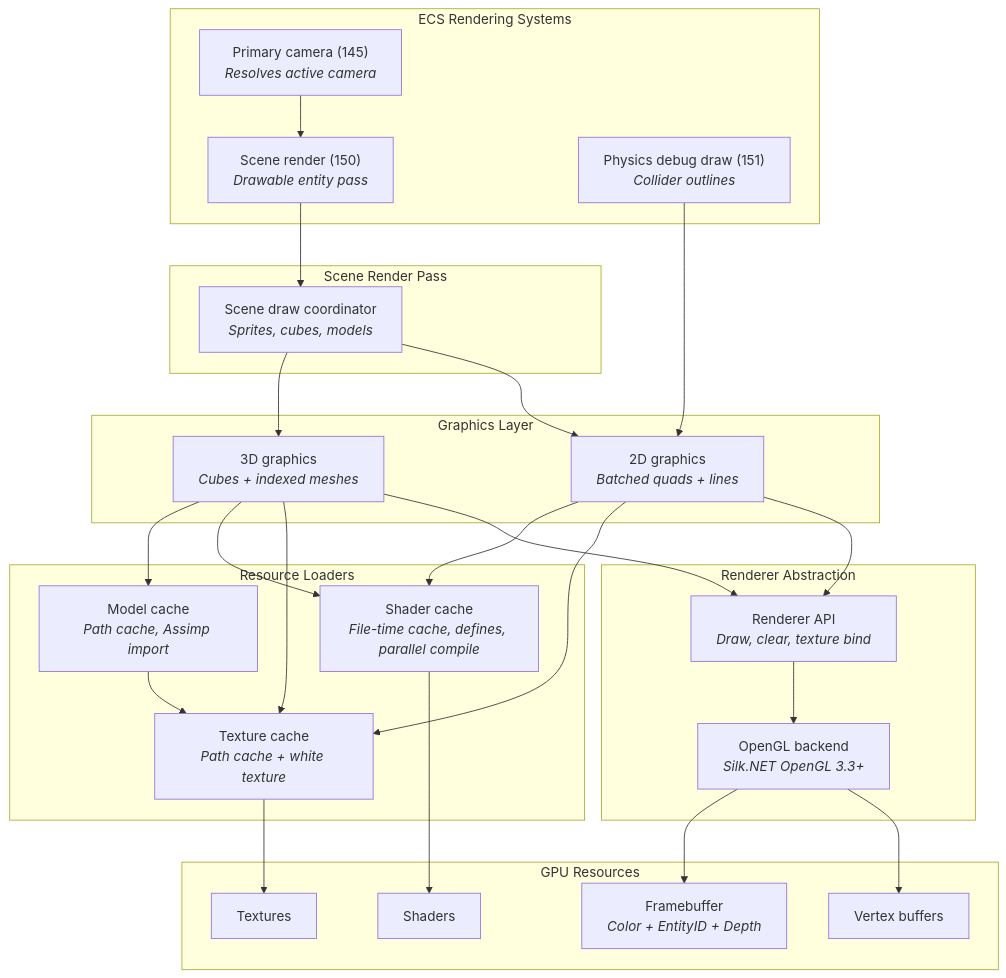
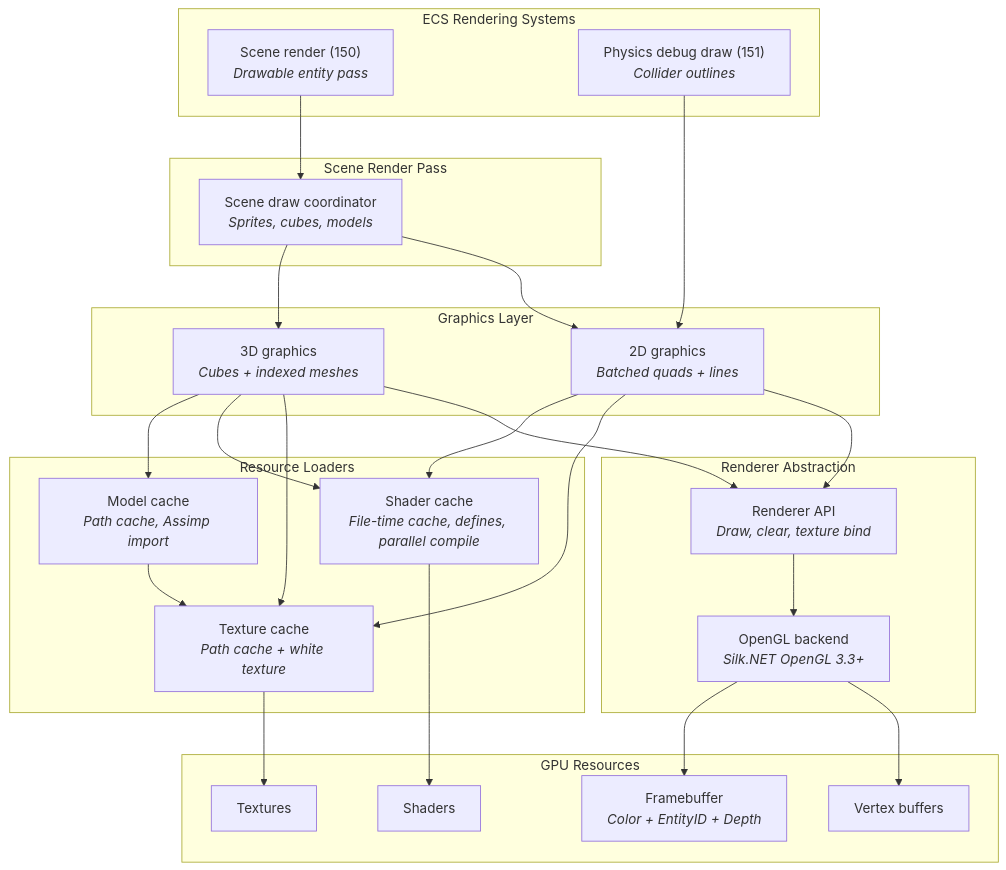
The first of 5 diagrams in docs/architecture/rendering-pipeline.md (kateusz/GameEngine), drawn with Mermaid before and after one commit. The commit also changed other lines of this file and 17 other files, not shown here.

Commit message:
primary camera fetch refactor

````diff
--- a/docs/architecture/rendering-pipeline.md
+++ b/docs/architecture/rendering-pipeline.md
@@ -9,54 +9,52 @@
 ```mermaid
 graph TB
     subgraph "ECS Rendering Systems"
-        PCS["Primary camera (145)<br/><i>Resolves active camera</i>"]
         SRS["Scene render (150)<br/><i>Drawable entity pass</i>"]
         PDRS["Physics debug draw (151)<br/><i>Collider outlines</i>"]
     end
 
     subgraph "Scene Render Pass"
         SRP["Scene draw coordinator<br/><i>Sprites, cubes, models</i>"]
     end
 
     subgraph "Graphics Layer"
         G2D["2D graphics<br/><i>Batched quads + lines</i>"]
         G3D["3D graphics<br/><i>Cubes + indexed meshes</i>"]
     end
 
     subgraph "Resource Loaders"
         TF["Texture cache<br/><i>Path cache + white texture</i>"]
         SF["Shader cache<br/><i>File-time cache, defines, parallel compile</i>"]
         MF["Model cache<br/><i>Path cache, Assimp import</i>"]
     end
 
     subgraph "Renderer Abstraction"
         API["Renderer API<br/><i>Draw, clear, texture bind</i>"]
         OAPI["OpenGL backend<br/><i>Silk.NET OpenGL 3.3+</i>"]
     end
 
     subgraph "GPU Resources"
         VAO["Vertex buffers"]
         FB["Framebuffer<br/><i>Color + EntityID + Depth</i>"]
         Tex["Textures"]
         Shader["Shaders"]
     end
 
-    PCS --> SRS
     SRS --> SRP
     SRP --> G2D
     SRP --> G3D
     PDRS --> G2D
     G2D --> API
     G2D --> TF
     G2D --> SF
     G3D --> API
     G3D --> TF
     G3D --> SF
     G3D --> MF
     MF --> TF
     API --> OAPI
     OAPI --> VAO
     OAPI --> FB
     TF --> Tex
     SF --> Shader
 ```
````
